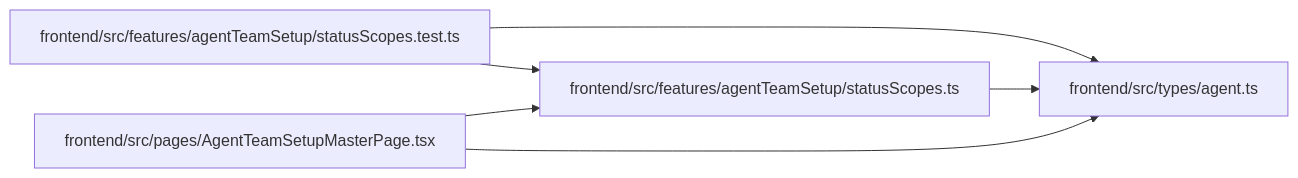
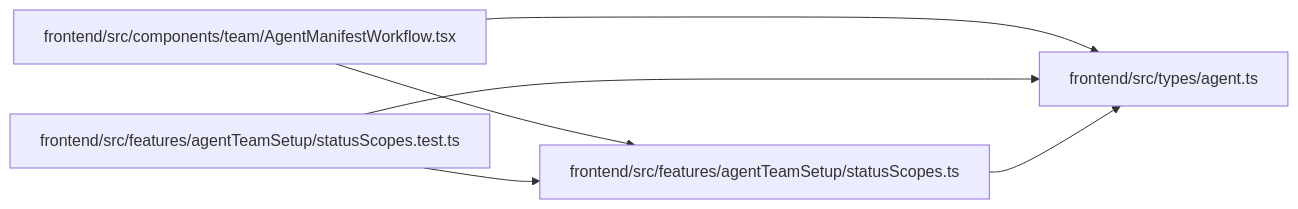
Before and after one commit to Denissvgn/WorkChord: the diagram in docs/llm_wiki/modules/statusScopes.md, drawn with Mermaid. The commit also changed other lines of this file and 2373 other files, not shown here.

````diff
--- a/docs/llm_wiki/modules/statusScopes.md
+++ b/docs/llm_wiki/modules/statusScopes.md
@@ -26,16 +26,16 @@
 ```mermaid
 flowchart LR
-    n0["frontend/src/features/agentTeamSetup/statusScopes.test.ts"]
-    n1["frontend/src/features/agentTeamSetup/statusScopes.ts"]
-    n2["frontend/src/pages/AgentTeamSetupMasterPage.tsx"]
+    n0["frontend/src/components/team/AgentManifestWorkflow.tsx"]
+    n1["frontend/src/features/agentTeamSetup/statusScopes.test.ts"]
+    n2["frontend/src/features/agentTeamSetup/statusScopes.ts"]
     n3["frontend/src/types/agent.ts"]
-    n0 --> n1
+    n0 --> n2
     n0 --> n3
+    n1 --> n2
     n1 --> n3
-    n2 --> n1
     n2 --> n3
-    click n0 "../modules/statusScopes.test.md"
-    click n1 "../modules/statusScopes.md"
-    click n2 "../modules/AgentTeamSetupMasterPage.md"
+    click n0 "../modules/AgentManifestWorkflow.md"
+    click n1 "../modules/statusScopes.test.md"
+    click n2 "../modules/statusScopes.md"
     click n3 "../modules/types_agent.md"
 ```
````
